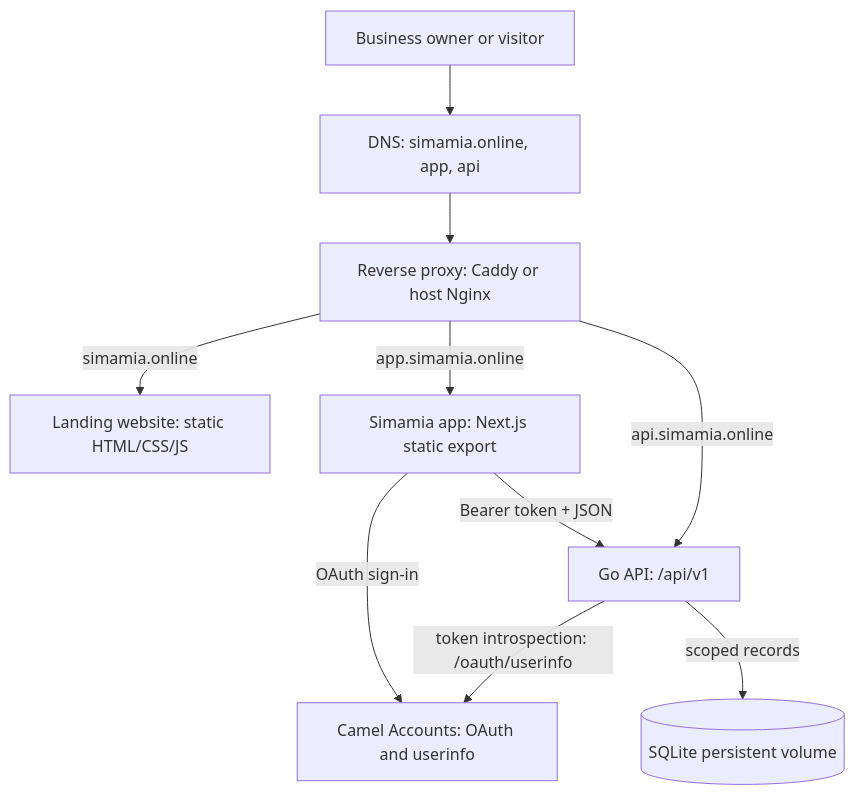
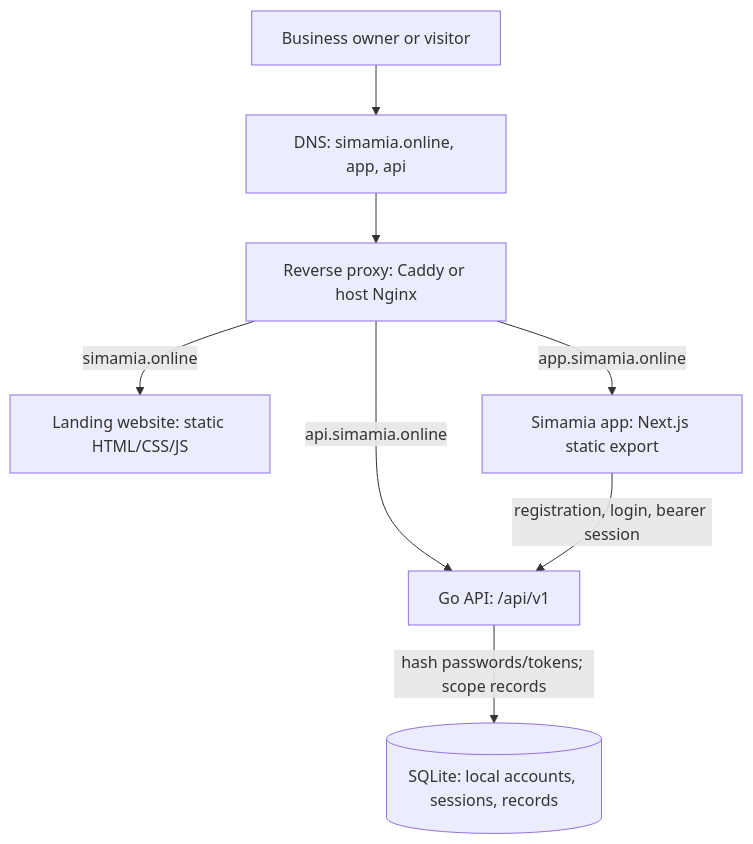
One commit to troubleman96/simamia-opensource changed the first of 3 diagrams in docs-site/app/architecture/page.mdx. Above: the diagram before and after it, drawn with Mermaid. The commit also changed other lines of this file and 53 other files, not shown here.

Commit message:
feat: replace Camel auth with local accounts

````diff
--- a/docs-site/app/architecture/page.mdx
+++ b/docs-site/app/architecture/page.mdx
@@ -12,19 +12,16 @@
 ```mermaid
 flowchart TB
   Visitor[Business owner or visitor]
   DNS[DNS: simamia.online, app, api]
   Proxy[Reverse proxy: Caddy or host Nginx]
   Landing[Landing website: static HTML/CSS/JS]
   App[Simamia app: Next.js static export]
   API[Go API: /api/v1]
-  Accounts[Camel Accounts: OAuth and userinfo]
-  DB[(SQLite persistent volume)]
+  DB[(SQLite: local accounts, sessions, records)]
   Visitor --> DNS --> Proxy
   Proxy -->|simamia.online| Landing
   Proxy -->|app.simamia.online| App
   Proxy -->|api.simamia.online| API
-  App -->|OAuth sign-in| Accounts
-  App -->|Bearer token + JSON| API
-  API -->|token introspection: /oauth/userinfo| Accounts
-  API -->|scoped records| DB
+  App -->|registration, login, bearer session| API
+  API -->|hash passwords/tokens; scope records| DB
 ```
````
